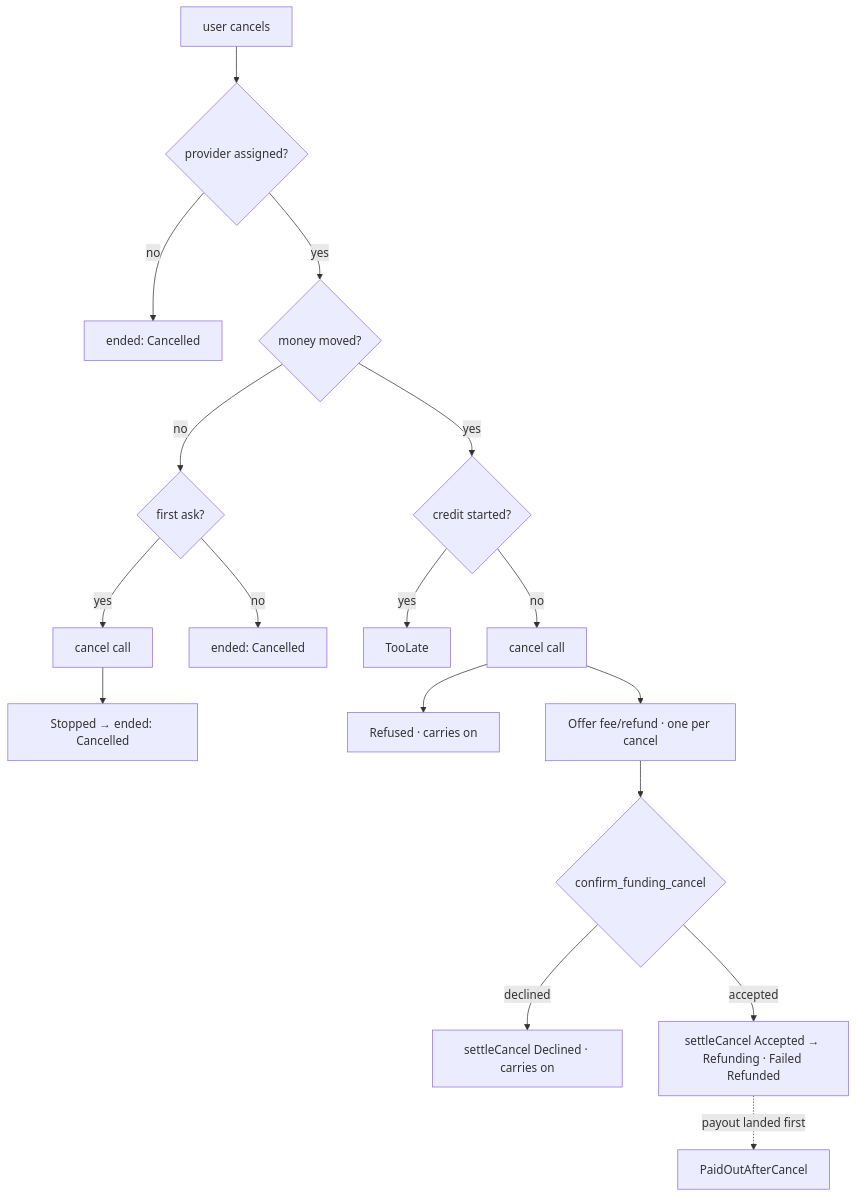
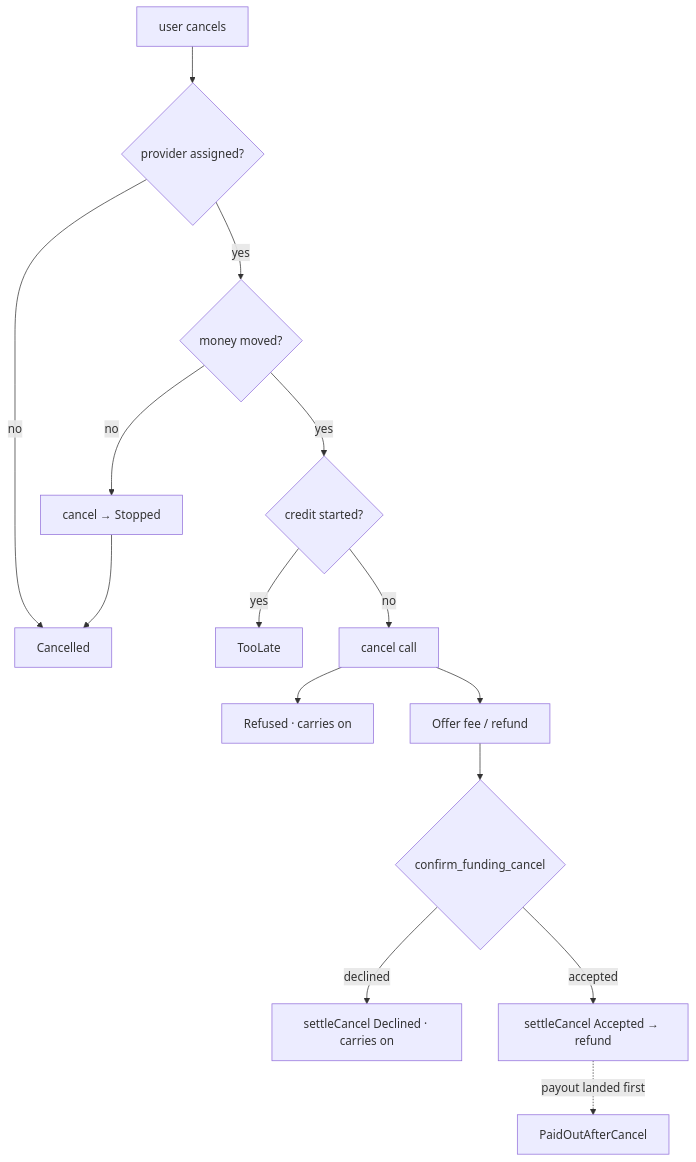
Before and after one commit to paritytech/trinity-user-agents: the seventh of 10 diagrams in docs/design/funding-modality.md, drawn with Mermaid. The commit also changed other lines of this file and 1 other file, not shown here.

Commit message:
docs(funding): schematics first, host reads back what changed

````diff
--- a/docs/design/funding-modality.md
+++ b/docs/design/funding-modality.md
@@ -198,18 +179,16 @@
 ```mermaid
 flowchart TD
   c[user cancels] --> assigned{provider assigned?}
-  assigned -- no --> none[ended: Cancelled]
+  assigned -- no --> none[Cancelled]
   assigned -- yes --> mm{money moved?}
-  mm -- no --> first{first ask?}
-  first -- yes --> ask[cancel call] --> stopped[Stopped → ended: Cancelled]
-  first -- no --> ended[ended: Cancelled]
+  mm -- no --> stop[cancel → Stopped] --> none
   mm -- yes --> late{credit started?}
   late -- yes --> toolate[TooLate]
   late -- no --> req[cancel call]
   req --> refused[Refused · carries on]
-  req --> offer[Offer fee/refund · one per cancel]
+  req --> offer[Offer fee / refund]
   offer --> confirm{confirm_funding_cancel}
   confirm -- declined --> on[settleCancel Declined · carries on]
-  confirm -- accepted --> refund[settleCancel Accepted → Refunding · Failed Refunded]
+  confirm -- accepted --> refund[settleCancel Accepted → refund]
   refund -. payout landed first .-> paid[PaidOutAfterCancel]
 ```
````
